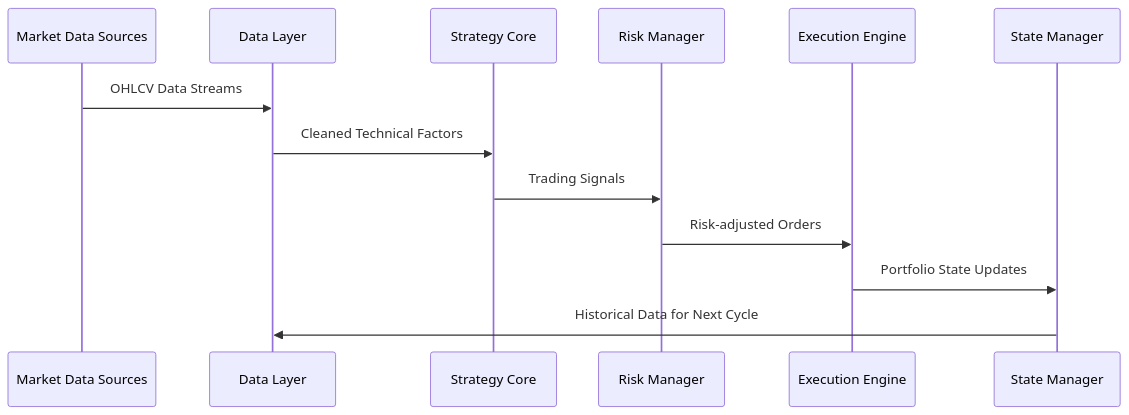
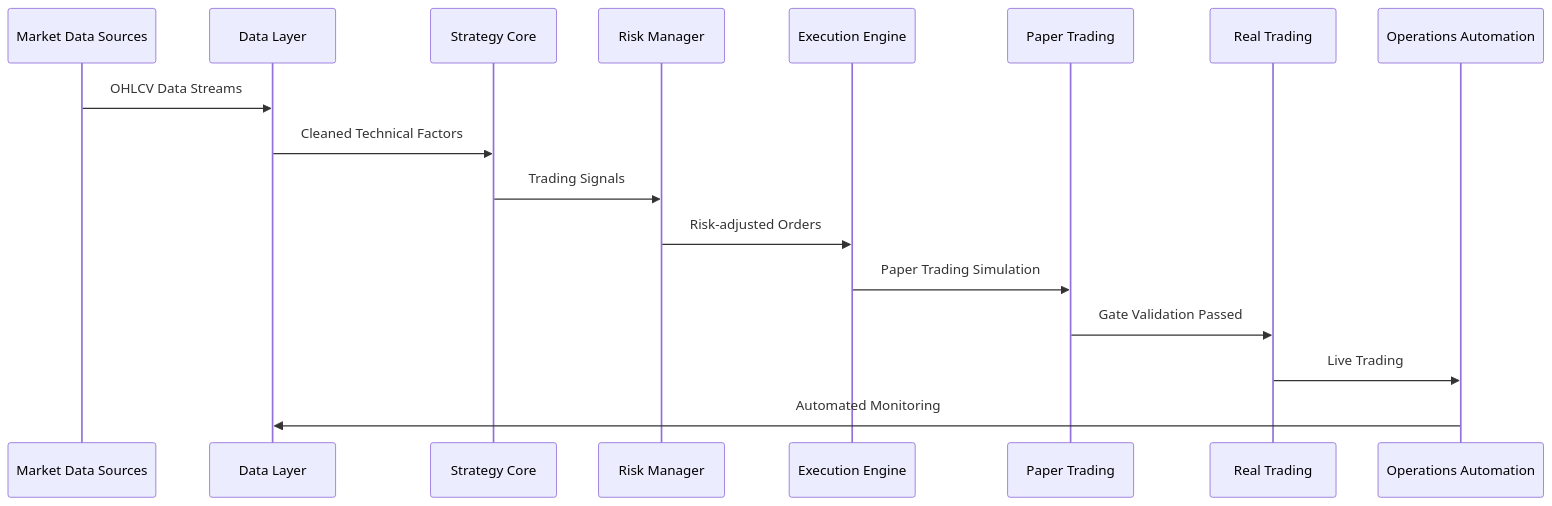
The second of 15 diagrams in .qoder/repowiki/en/content/Project Overview/Development Roadmap.md (guofeng201507/shark-quant-trader), drawn with Mermaid before and after one commit. The commit also changed other lines of this file and 14 other files, not shown here.

````diff
--- a/.qoder/repowiki/en/content/Project Overview/Development Roadmap.md
+++ b/.qoder/repowiki/en/content/Project Overview/Development Roadmap.md
@@ -137,15 +180,19 @@
 ```mermaid
 sequenceDiagram
 participant Market as Market Data Sources
 participant Data as Data Layer
 participant Strategy as Strategy Core
 participant Risk as Risk Manager
 participant Exec as Execution Engine
-participant Persist as State Manager
+participant Paper as Paper Trading
+participant Real as Real Trading
+participant Ops as Operations Automation
 Market->>Data : OHLCV Data Streams
 Data->>Strategy : Cleaned Technical Factors
 Strategy->>Risk : Trading Signals
 Risk->>Exec : Risk-adjusted Orders
-Exec->>Persist : Portfolio State Updates
-Persist->>Data : Historical Data for Next Cycle
+Exec->>Paper : Paper Trading Simulation
+Paper->>Real : Gate Validation Passed
+Real->>Ops : Live Trading
+Ops->>Data : Automated Monitoring
 ```
````
